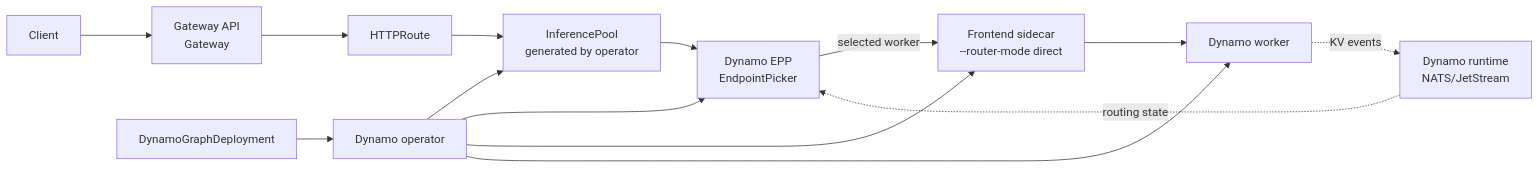
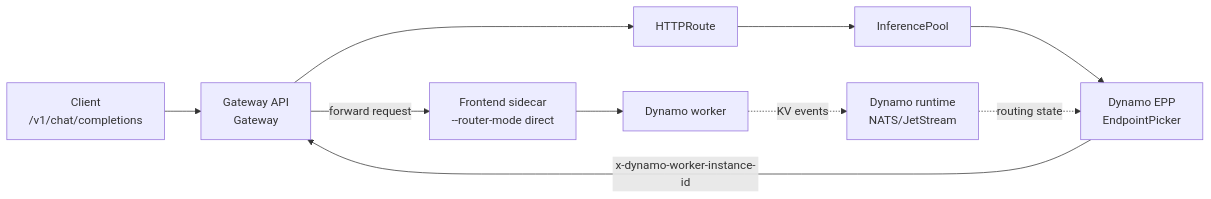
Before and after one commit to ai-dynamo/dynamo: the first of 2 diagrams in docs/kubernetes/gateway-api/README.mdx, drawn with Mermaid. The commit also changed other lines of this file and 1 other file, not shown here.

````diff
--- a/docs/kubernetes/gateway-api/README.mdx
+++ b/docs/kubernetes/gateway-api/README.mdx
@@ -25,17 +41,12 @@
 ```mermaid
 flowchart LR
-    Client["Client"] --> Gateway["Gateway API<br/>Gateway"]
+    Client["Client<br/>/v1/chat/completions"] --> Gateway["Gateway API<br/>Gateway"]
     Gateway --> Route["HTTPRoute"]
-    Route --> Pool["InferencePool<br/>generated by operator"]
+    Route --> Pool["InferencePool"]
     Pool --> EPP["Dynamo EPP<br/>EndpointPicker"]
-    EPP -->|"selected worker"| Sidecar["Frontend sidecar<br/>--router-mode direct"]
+    EPP -->|"x-dynamo-worker-instance-id"| Gateway
+    Gateway -->|"forward request"| Sidecar["Frontend sidecar<br/>--router-mode direct"]
     Sidecar --> Worker["Dynamo worker"]
     Worker -. "KV events" .-> Runtime["Dynamo runtime<br/>NATS/JetStream"]
     Runtime -. "routing state" .-> EPP
-
-    DGD["DynamoGraphDeployment"] --> Operator["Dynamo operator"]
-    Operator --> Pool
-    Operator --> EPP
-    Operator --> Sidecar
-    Operator --> Worker
 ```
````
